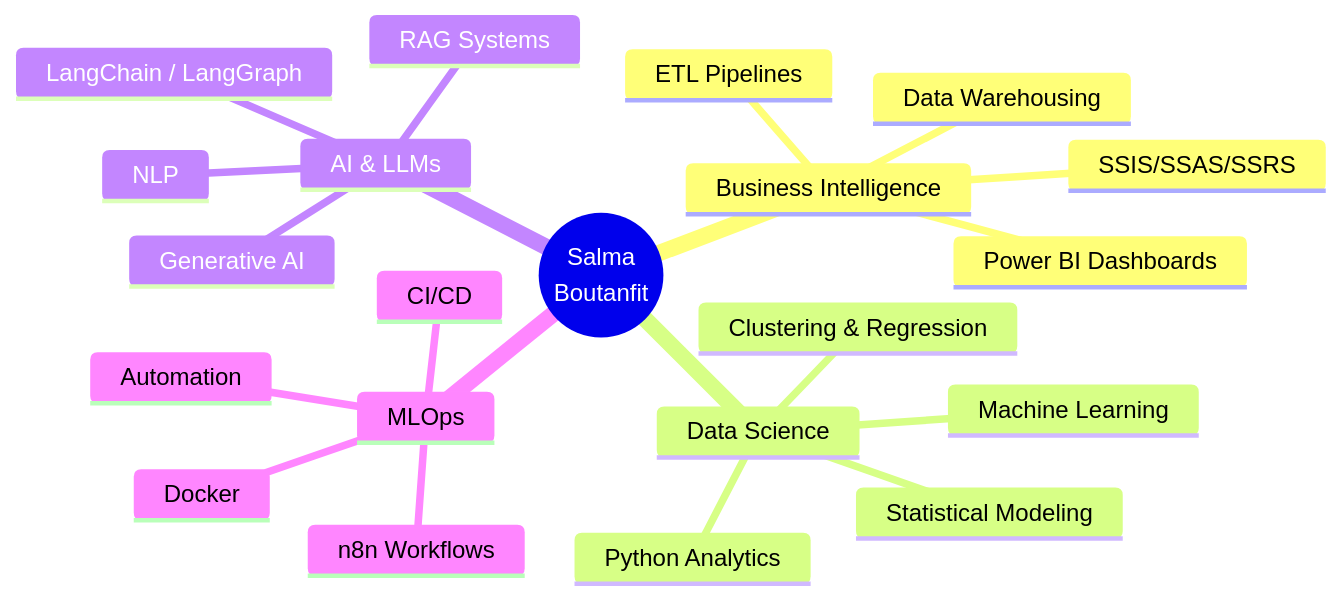
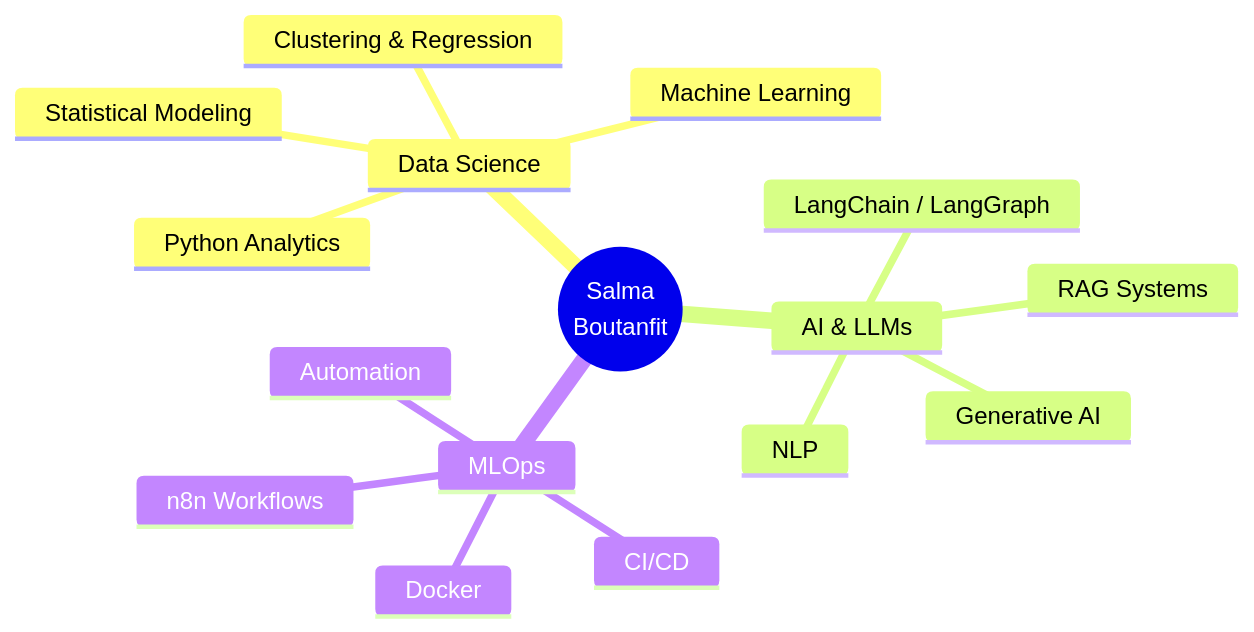
One commit to Boutanfitsalma/Boutanfitsalma changed the diagram in README.md. Above: the diagram before and after it, drawn with Mermaid. The commit also changed other lines of this file, not shown here.

````diff
--- a/README.md
+++ b/README.md
@@ -179,24 +180,19 @@
 ```mermaid
 mindmap
   root((Salma<br/>Boutanfit))
-    Business Intelligence
-      Data Warehousing
-      ETL Pipelines
-      Power BI Dashboards
-      SSIS/SSAS/SSRS
     Data Science
       Machine Learning
       Python Analytics
       Statistical Modeling
       Clustering & Regression
     AI & LLMs
       RAG Systems
       LangChain / LangGraph
       Generative AI
       NLP
     MLOps
       Docker
       CI/CD
       Automation
       n8n Workflows
 ```
````
